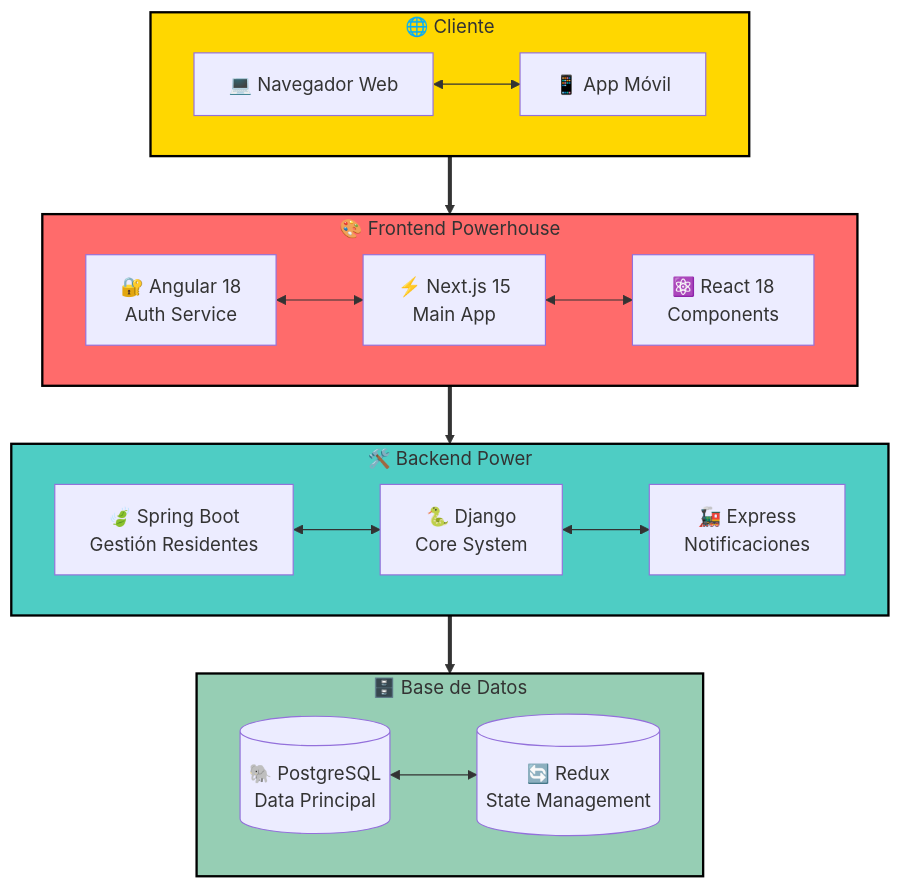
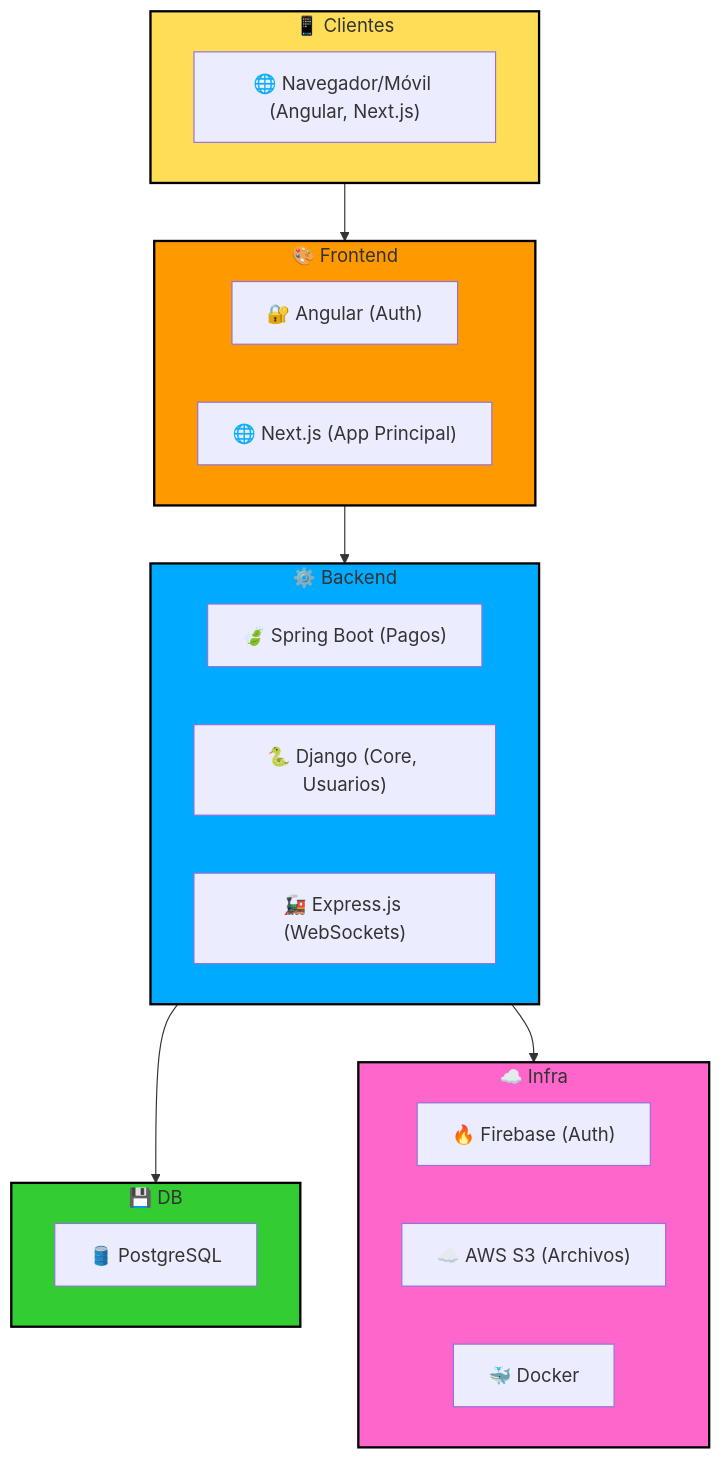
The diagram in README.md (JavierTomasTormo/CareLink-Nexora_Angular-NEXT-Django-SpringBoot-Express), drawn with Mermaid before and after one commit. The commit also changed other lines of this file, not shown here.

````diff
--- a/README.md
+++ b/README.md
@@ -87,40 +88,41 @@
-```mermaid
+  ```mermaid
+
 graph TB
-  subgraph Clients ["🌐 Cliente"]
-    direction LR
-    Browser["💻 Navegador Web"] <--> Mobile["📱 App Móvil"]
-  end
+    %% Sección de Clientes
+    subgraph Clients ["📱 Clientes"]
+        Browser["🌐 Navegador/Móvil (Angular, Next.js)"]
+    end
+    %% Sección de Frontend
+    subgraph Frontend ["🎨 Frontend"]
+        Angular["🔐 Angular (Auth)"]
+        Next["🌐 Next.js (App Principal)"]
+    end
+    %% Sección de Backend
+    subgraph Backend ["⚙️ Backend"]
+        Spring["🍃 Spring Boot (Pagos)"]
+        Django["🐍 Django (Core, Usuarios)"]
+        Express["🚂 Express.js (WebSockets)"]
+    end
+    %% Sección de Almacenamiento
+    subgraph Storage ["💾 DB"]
+        Postgres["🛢️ PostgreSQL"]
+    end
+    %% Sección de Infraestructura
+    subgraph Infra ["☁️ Infra"]
+        Firebase["🔥 Firebase (Auth)"]
+        AWS["☁️ AWS S3 (Archivos)"]
+        Docker["🐳 Docker"]
+    end
+    %% Conexiones
+    Clients --> Frontend
+    Frontend --> Backend
+    Backend --> Storage
+    Backend --> Infra
+    %% Estilos personalizados
+    style Clients fill:#ffdd57,stroke:#000,stroke-width:2px
+    style Frontend fill:#ff9900,stroke:#000,stroke-width:2px
+    style Backend fill:#00aaff,stroke:#000,stroke-width:2px
+    style Storage fill:#33cc33,stroke:#000,stroke-width:2px
+    style Infra fill:#ff66cc,stroke:#000,stroke-width:2px
 
-  subgraph Frontend ["🎨 Frontend Powerhouse"]
-    direction LR
-    Auth["🔐 Angular 18
-    Auth Service"] <--> Next["⚡ Next.js 15
-    Main App"] <--> React["⚛️ React 18
-    Components"]
-  end
-
-  subgraph Backend ["🛠️ Backend Power"]
-    direction LR
-    Spring["🍃 Spring Boot
-    Gestión Residentes"] <--> Django["🐍 Django
-    Core System"]
-    Django <--> Express["🚂 Express
-    Notificaciones"]
-  end
-
-  subgraph Database ["🗄️ Base de Datos"]
-    direction LR
-    Postgres[("🐘 PostgreSQL
-    Data Principal")] <--> Redux[("🔄 Redux
-    State Management")]
-  end
-
-  Clients ==> Frontend
-  Frontend ==> Backend
-  Backend ==> Database
-
-  style Clients fill:#FFD700,stroke:#000,stroke-width:2px
-  style Frontend fill:#FF6B6B,stroke:#000,stroke-width:2px
-  style Backend fill:#4ECDC4,stroke:#000,stroke-width:2px
-  style Database fill:#96CEB4,stroke:#000,stroke-width:2px
 ```
````
